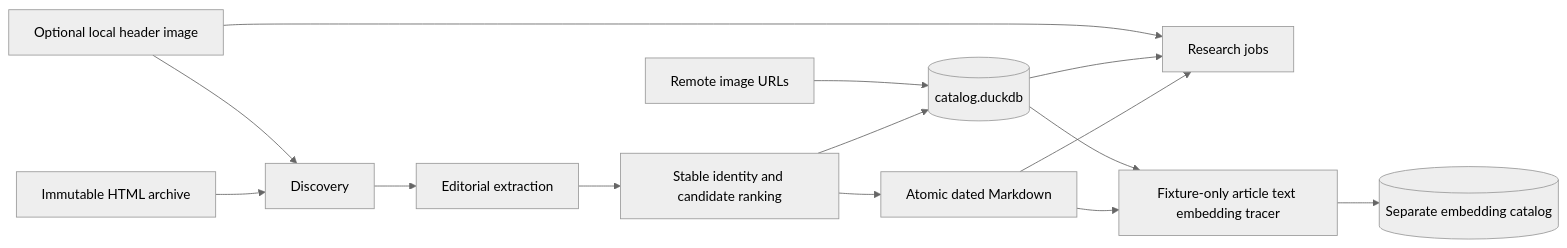
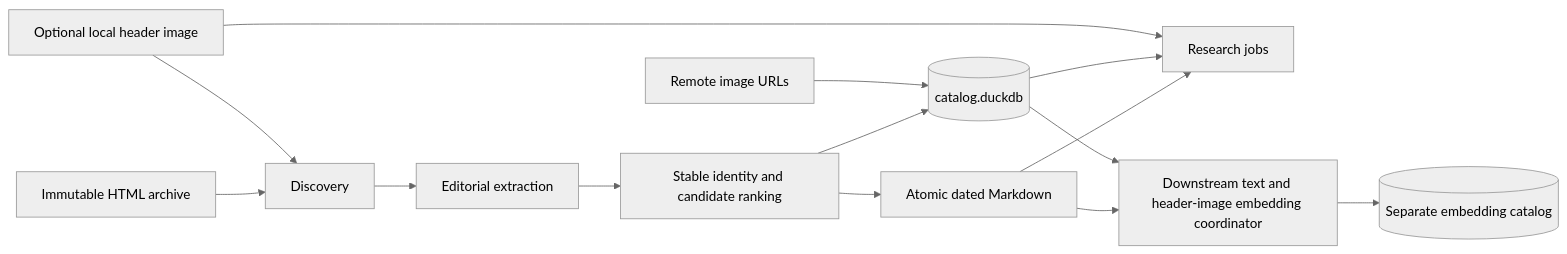
Before and after one commit to williserdman/impact_of_visual_media: the first of 2 diagrams in docs/architecture-crash-course.md, drawn with Mermaid (neutral theme). The commit also changed other lines of this file and 10 other files, not shown here.

````diff
--- a/docs/architecture-crash-course.md
+++ b/docs/architecture-crash-course.md
@@ -38,16 +40,16 @@
 ```mermaid
 flowchart LR
     A[Immutable HTML archive] --> B[Discovery]
     H[Optional local header image] --> B
     B --> C[Editorial extraction]
     C --> D[Stable identity and candidate ranking]
     D --> E[Atomic dated Markdown]
     D --> F[(catalog.duckdb)]
     E --> R[Research jobs]
     F --> R
     H --> R
     U[Remote image URLs] --> F
-    E --> T[Fixture-only article text embedding tracer]
+    E --> T[Downstream text and header-image embedding coordinator]
     F --> T
     T --> G[(Separate embedding catalog)]
 ```
````
